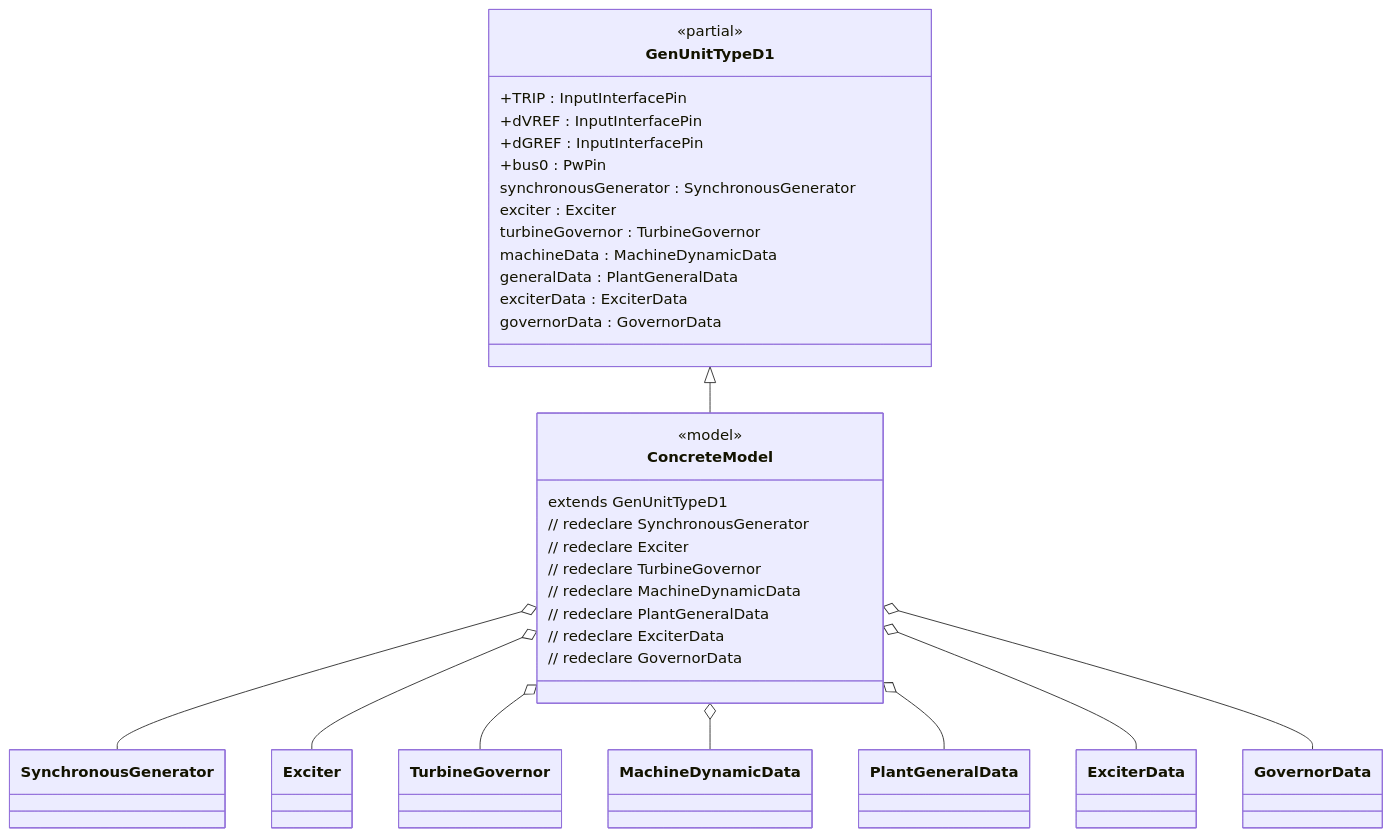
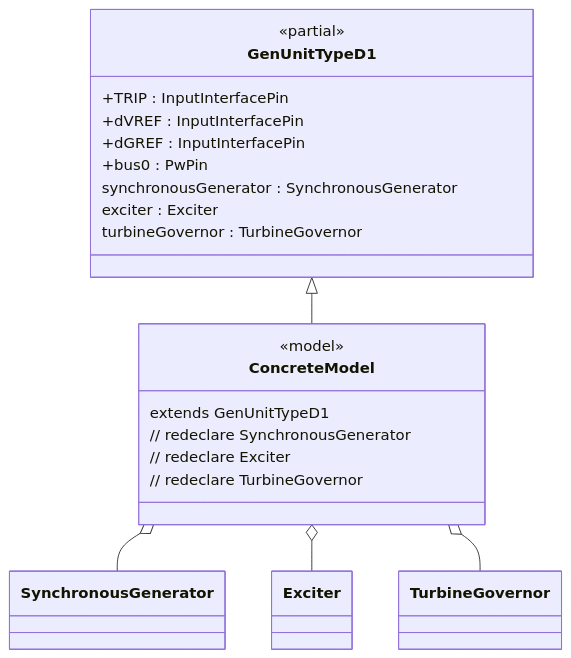
Before and after one commit to Opal-RT-Technologies/ephasorsim-modelica-library: the second of 4 diagrams in modelica/OpalRT/docs/TypeD.md, drawn with Mermaid. The commit also changed other lines of this file and 56 other files, not shown here.

````diff
--- a/modelica/OpalRT/docs/TypeD.md
+++ b/modelica/OpalRT/docs/TypeD.md
@@ -103,38 +73,26 @@
 ```mermaid
 classDiagram
   class GenUnitTypeD1 {
     <<partial>>
     +TRIP : InputInterfacePin
     +dVREF : InputInterfacePin
     +dGREF : InputInterfacePin
     +bus0 : PwPin
     synchronousGenerator : SynchronousGenerator
     exciter : Exciter
     turbineGovernor : TurbineGovernor
-    machineData : MachineDynamicData
-    generalData : PlantGeneralData
-    exciterData : ExciterData
-    governorData : GovernorData
   }
 
   class ConcreteModel {
     <<model>>
     extends GenUnitTypeD1
     // redeclare SynchronousGenerator
     // redeclare Exciter
     // redeclare TurbineGovernor
-    // redeclare MachineDynamicData
-    // redeclare PlantGeneralData
-    // redeclare ExciterData
-    // redeclare GovernorData
   }
 
   GenUnitTypeD1 <|-- ConcreteModel
   ConcreteModel o-- SynchronousGenerator
   ConcreteModel o-- Exciter
   ConcreteModel o-- TurbineGovernor
-  ConcreteModel o-- MachineDynamicData
-  ConcreteModel o-- PlantGeneralData
-  ConcreteModel o-- ExciterData
-  ConcreteModel o-- GovernorData
 ```
````
